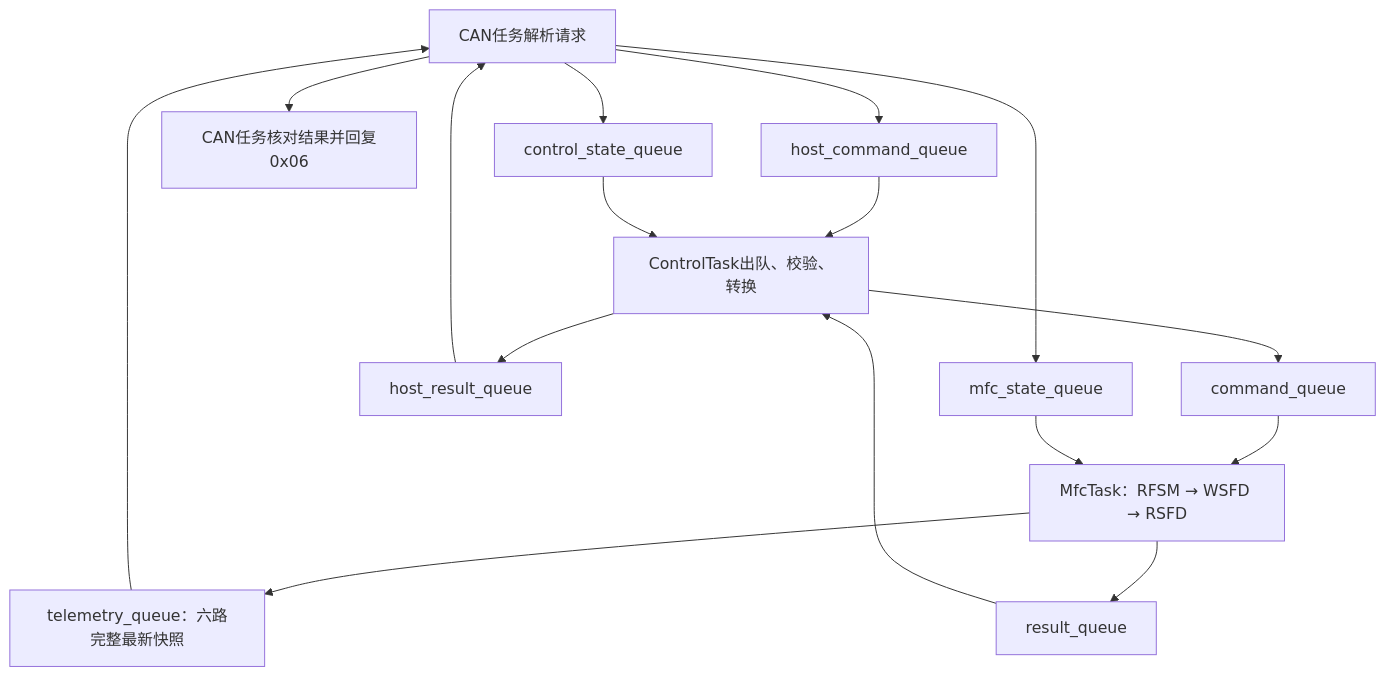
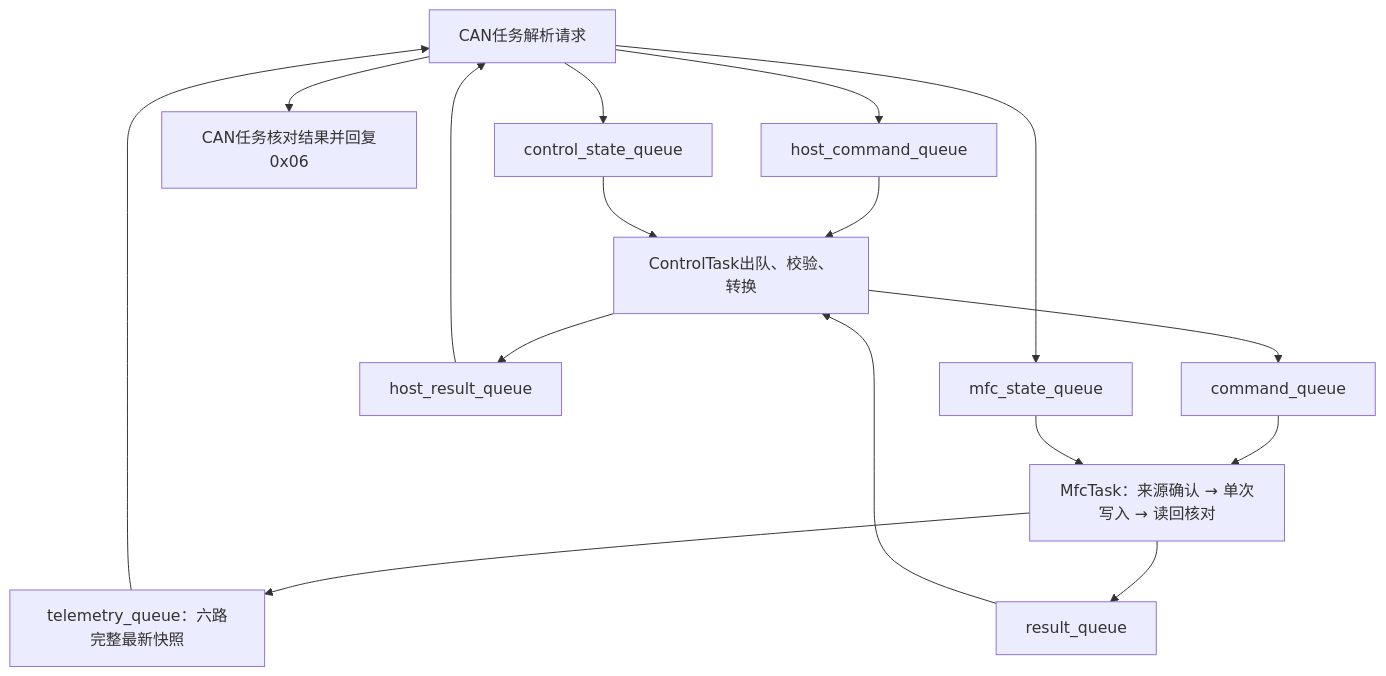
The diagram in doc/Design Document/Design Statement/流量写入执行说明.md (WIZYAN/gas-flowmeter-control), drawn with Mermaid before and after one commit. The commit also changed other lines of this file and 11 other files, not shown here.

````diff
--- a/doc/Design Document/Design Statement/流量写入执行说明.md
+++ b/doc/Design Document/Design Statement/流量写入执行说明.md
@@ -13,18 +13,18 @@
 ```mermaid
 flowchart TD
     H[CAN任务解析请求] --> HCQ[host_command_queue]
     HCQ --> C[ControlTask出队、校验、转换]
     C --> Q[command_queue]
-    Q --> M[MfcTask：RFSM → WSFD → RSFD]
+    Q --> M[MfcTask：来源确认 → 单次写入 → 读回核对]
     M --> T[telemetry_queue：六路完整最新快照]
     T --> H
     M --> R[result_queue]
     R --> C
     C --> HRQ[host_result_queue]
     HRQ --> H
     H --> Reply[CAN任务核对结果并回复0x06]
     H --> CS[control_state_queue]
     CS --> C
     H --> MS[mfc_state_queue]
     MS --> M
 ```
````
